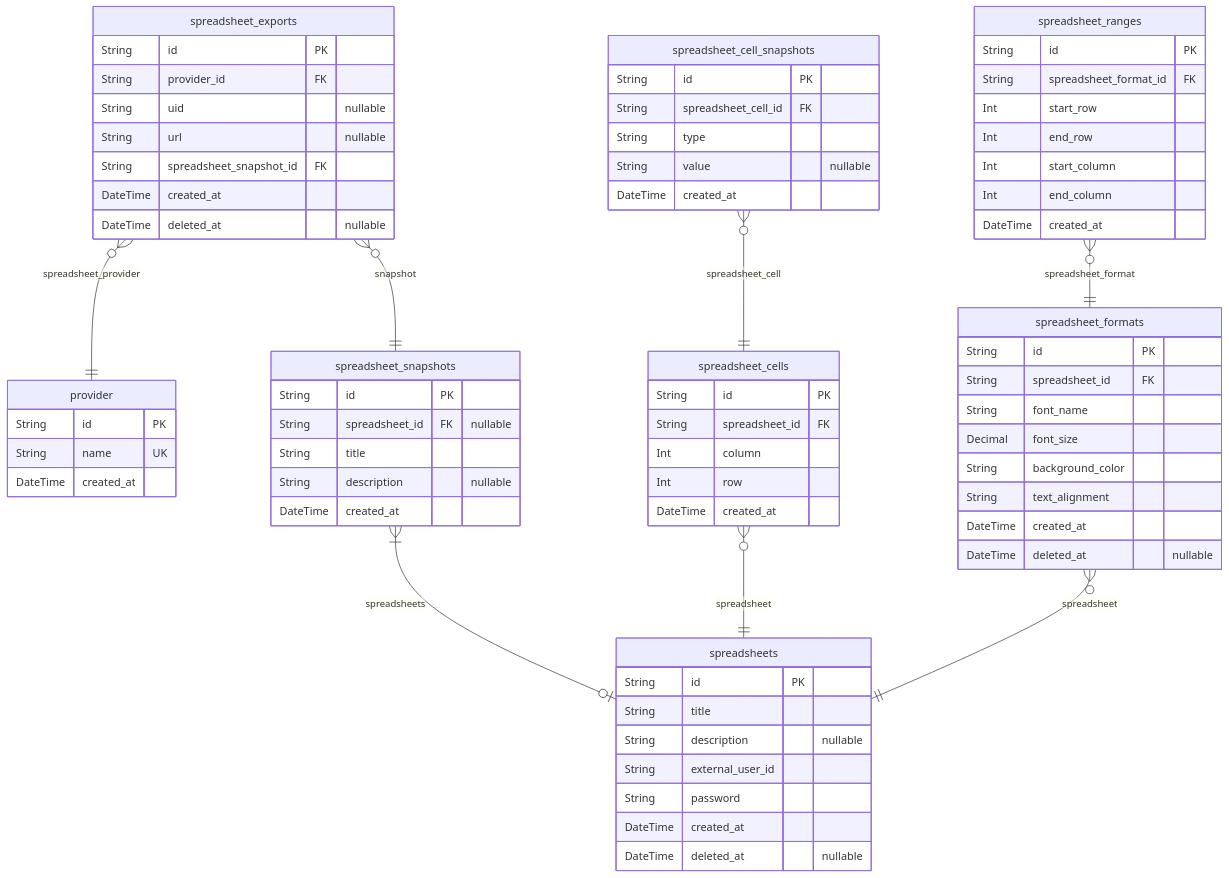
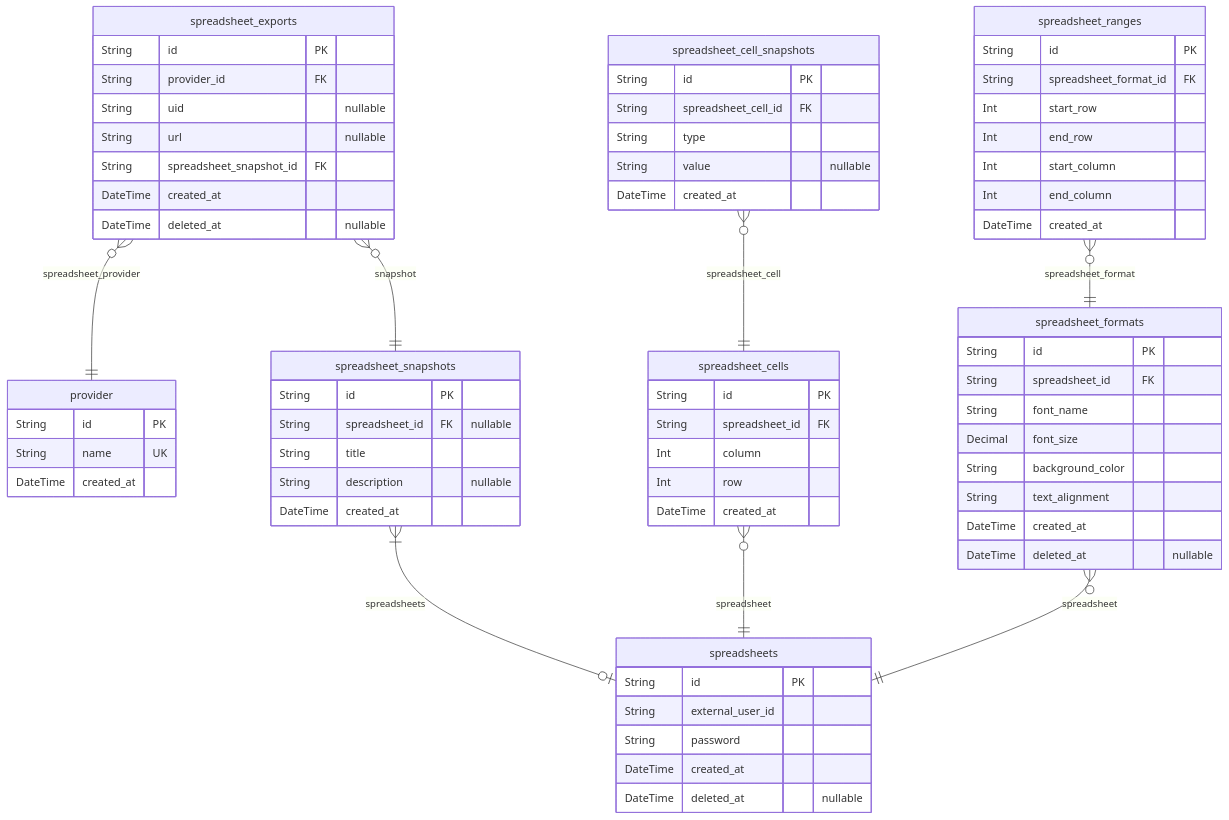
Before and after one commit to wrtnio/connectors: the sixth of 9 diagrams in docs/ERD.md, drawn with Mermaid. The commit also changed other lines of this file and 6 other files, not shown here.

````diff
--- a/docs/ERD.md
+++ b/docs/ERD.md
@@ -393,73 +393,71 @@
 ```mermaid
 erDiagram
 "provider" {
   String id PK
   String name UK
   DateTime created_at
 }
 "spreadsheets" {
   String id PK
-  String title
-  String description "nullable"
   String external_user_id
   String password
   DateTime created_at
   DateTime deleted_at "nullable"
 }
 "spreadsheet_snapshots" {
   String id PK
   String spreadsheet_id FK "nullable"
   String title
   String description "nullable"
   DateTime created_at
 }
 "spreadsheet_cells" {
   String id PK
   String spreadsheet_id FK
   Int column
   Int row
   DateTime created_at
 }
 "spreadsheet_cell_snapshots" {
   String id PK
   String spreadsheet_cell_id FK
   String type
   String value "nullable"
   DateTime created_at
 }
 "spreadsheet_formats" {
   String id PK
   String spreadsheet_id FK
   String font_name
   Decimal font_size
   String background_color
   String text_alignment
   DateTime created_at
   DateTime deleted_at "nullable"
 }
 "spreadsheet_ranges" {
   String id PK
   String spreadsheet_format_id FK
   Int start_row
   Int end_row
   Int start_column
   Int end_column
   DateTime created_at
 }
 "spreadsheet_exports" {
   String id PK
   String provider_id FK
   String uid "nullable"
   String url "nullable"
   String spreadsheet_snapshot_id FK
   DateTime created_at
   DateTime deleted_at "nullable"
 }
 "spreadsheet_snapshots" }|--o| "spreadsheets" : spreadsheets
 "spreadsheet_cells" }o--|| "spreadsheets" : spreadsheet
 "spreadsheet_cell_snapshots" }o--|| "spreadsheet_cells" : spreadsheet_cell
 "spreadsheet_formats" }o--|| "spreadsheets" : spreadsheet
 "spreadsheet_ranges" }o--|| "spreadsheet_formats" : spreadsheet_format
 "spreadsheet_exports" }o--|| "spreadsheet_snapshots" : snapshot
 "spreadsheet_exports" }o--|| "provider" : spreadsheet_provider
 ```
````
